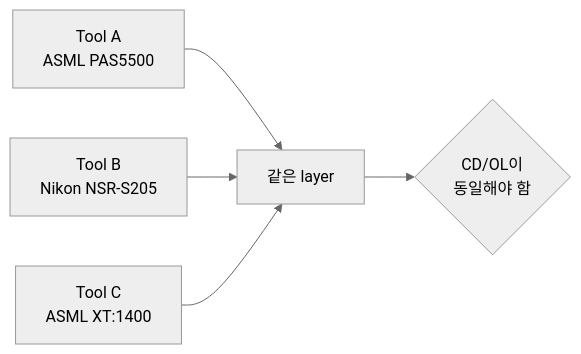
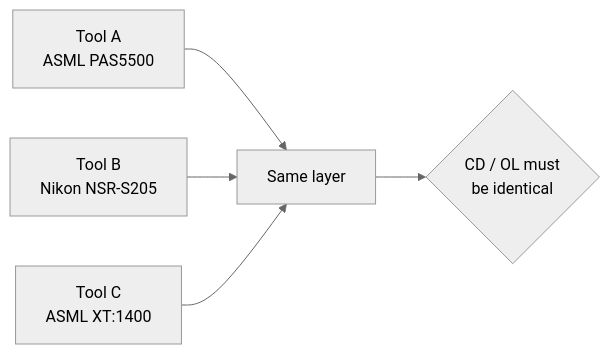
Before and after one commit to btjeon/sic-wiki: the first of 2 diagrams in docs/04-control-ai/photo-tool-matching.md, drawn with Mermaid (neutral theme). The commit also changed other lines of this file and 9 other files, not shown here.

````diff
--- a/docs/04-control-ai/photo-tool-matching.md
+++ b/docs/04-control-ai/photo-tool-matching.md
@@ -7,7 +11,7 @@
 ```mermaid
 flowchart LR
-    A[Tool A<br/>ASML PAS5500] --> Z[같은 layer]
+    A[Tool A<br/>ASML PAS5500] --> Z[Same layer]
     B[Tool B<br/>Nikon NSR-S205] --> Z
     C[Tool C<br/>ASML XT:1400] --> Z
-    Z --> Y{CD/OL이<br/>동일해야 함}
+    Z --> Y{CD / OL must<br/>be identical}
 ```
````
